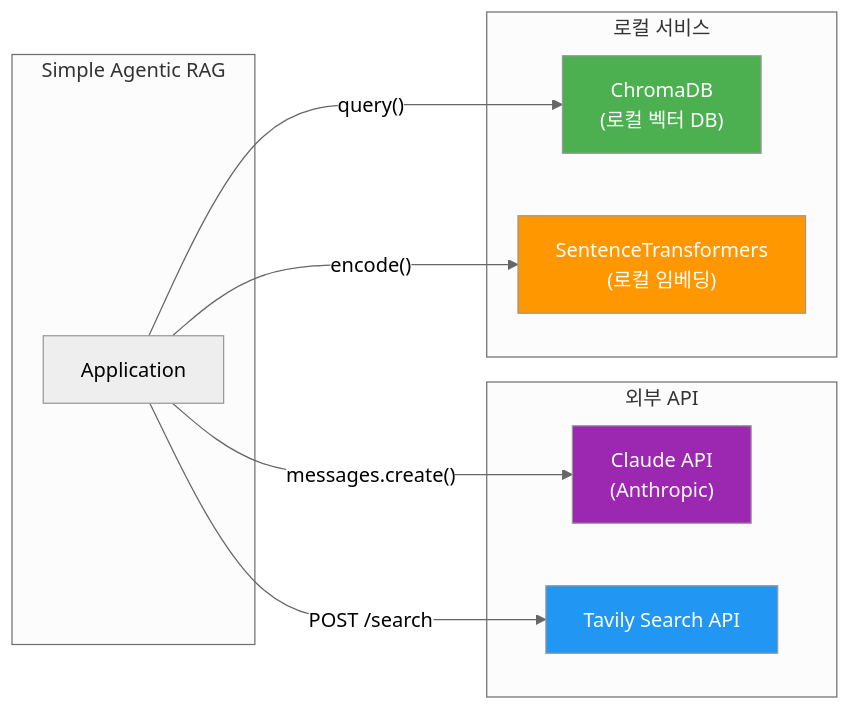
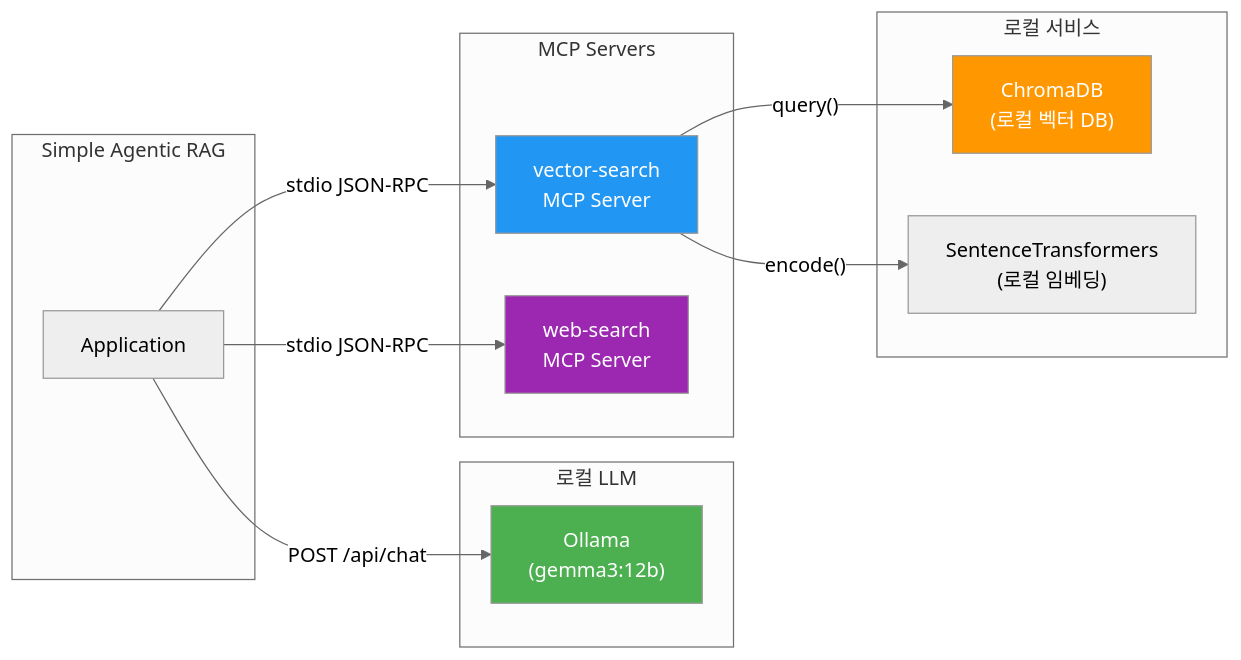
One commit to laurus-kpa007/agentic-rag-bot changed the first of 13 diagrams in docs/api-and-data-flow.md. Above: the diagram before and after it, drawn with Mermaid (neutral theme). The commit also changed other lines of this file and 4 other files, not shown here.

First line of the commit message:
docs: Ollama + MCP 통합 설계 반영 및 전체 문서 업데이트

````diff
--- a/docs/api-and-data-flow.md
+++ b/docs/api-and-data-flow.md
@@ -7,26 +7,31 @@
 ```mermaid
 graph LR
     subgraph "Simple Agentic RAG"
         App["Application"]
     end
 
-    subgraph "외부 API"
-        Claude["Claude API<br/>(Anthropic)"]
-        Tavily["Tavily Search API"]
+    subgraph "로컬 LLM"
+        Ollama["Ollama<br/>(gemma3:12b)"]
+    end
+
+    subgraph "MCP Servers"
+        VectorMCP["vector-search<br/>MCP Server"]
+        WebMCP["web-search<br/>MCP Server"]
     end
 
     subgraph "로컬 서비스"
         Chroma["ChromaDB<br/>(로컬 벡터 DB)"]
         STModel["SentenceTransformers<br/>(로컬 임베딩)"]
     end
 
-    App -->|"messages.create()"| Claude
-    App -->|"POST /search"| Tavily
-    App -->|"query()"| Chroma
-    App -->|"encode()"| STModel
+    App -->|"POST /api/chat"| Ollama
+    App -->|"stdio JSON-RPC"| VectorMCP
+    App -->|"stdio JSON-RPC"| WebMCP
+    VectorMCP -->|"query()"| Chroma
+    VectorMCP -->|"encode()"| STModel
 
-    style Claude fill:#9C27B0,color:#fff
-    style Tavily fill:#2196F3,color:#fff
-    style Chroma fill:#4CAF50,color:#fff
-    style STModel fill:#FF9800,color:#fff
+    style Ollama fill:#4CAF50,color:#fff
+    style VectorMCP fill:#2196F3,color:#fff
+    style WebMCP fill:#9C27B0,color:#fff
+    style Chroma fill:#FF9800,color:#fff
 ```
````
